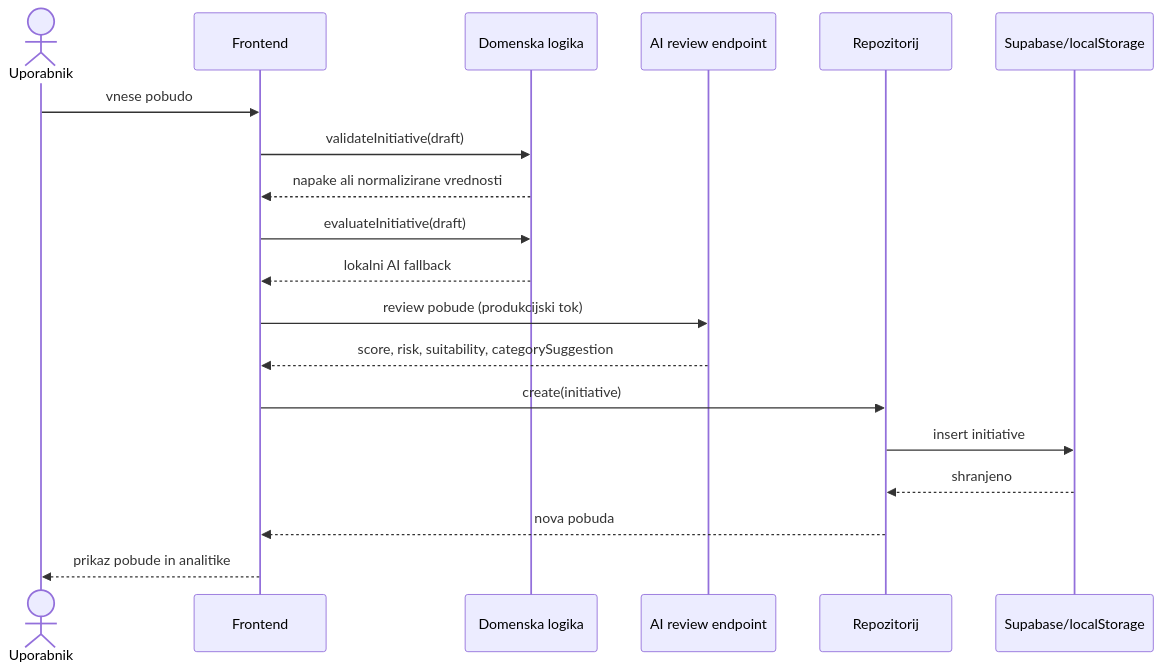
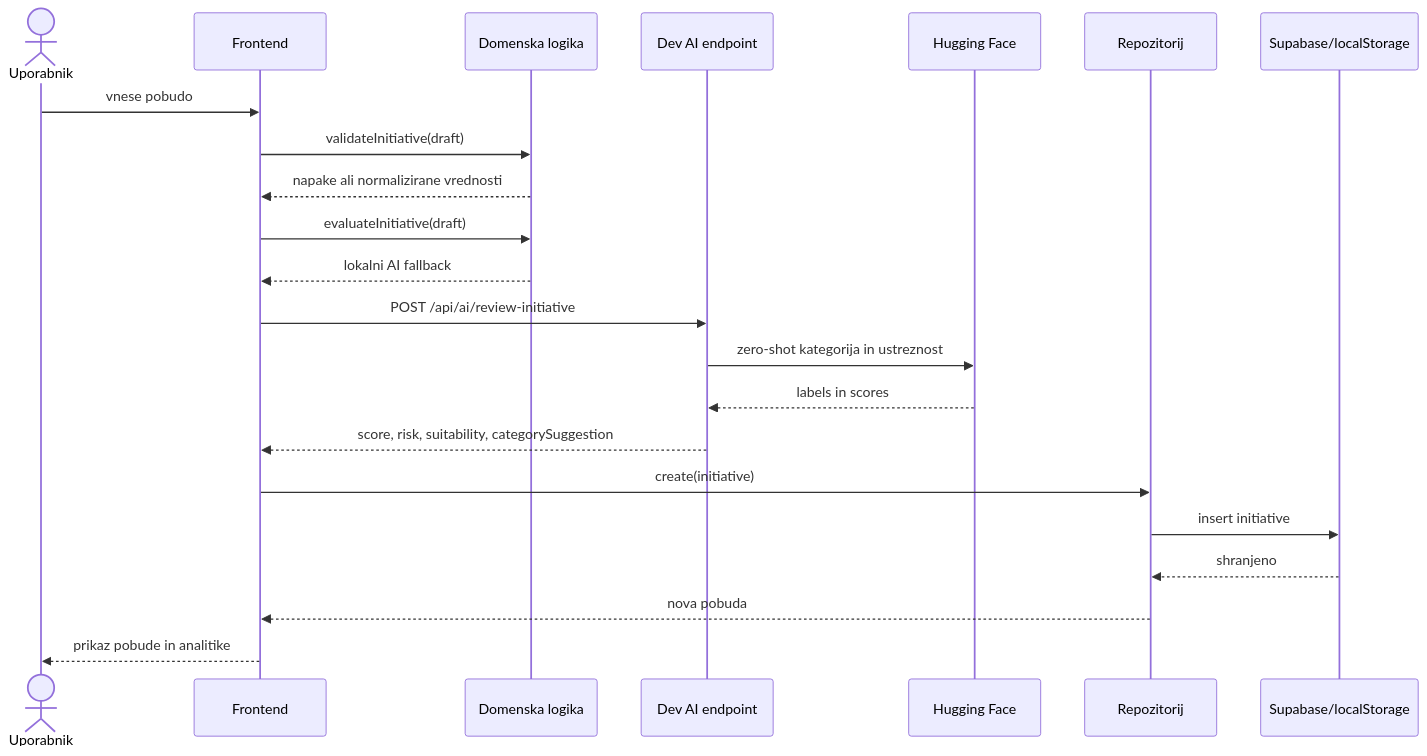
The second of 6 diagrams in docs/diagrams.md (grisini/Demos), drawn with Mermaid before and after one commit. The commit also changed 4 other files, not shown here.

````diff
--- a/docs/diagrams.md
+++ b/docs/diagrams.md
@@ -28,22 +28,25 @@
 ```mermaid
 sequenceDiagram
   actor Uporabnik
   participant UI as Frontend
   participant Domain as Domenska logika
-  participant AI as AI review endpoint
+  participant AI as Dev AI endpoint
+  participant HF as Hugging Face
   participant Repo as Repozitorij
   participant DB as Supabase/localStorage
 
   Uporabnik->>UI: vnese pobudo
   UI->>Domain: validateInitiative(draft)
   Domain-->>UI: napake ali normalizirane vrednosti
   UI->>Domain: evaluateInitiative(draft)
   Domain-->>UI: lokalni AI fallback
-  UI->>AI: review pobude (produkcijski tok)
+  UI->>AI: POST /api/ai/review-initiative
+  AI->>HF: zero-shot kategorija in ustreznost
+  HF-->>AI: labels in scores
   AI-->>UI: score, risk, suitability, categorySuggestion
   UI->>Repo: create(initiative)
   Repo->>DB: insert initiative
   DB-->>Repo: shranjeno
   Repo-->>UI: nova pobuda
   UI-->>Uporabnik: prikaz pobude in analitike
 ```
````
